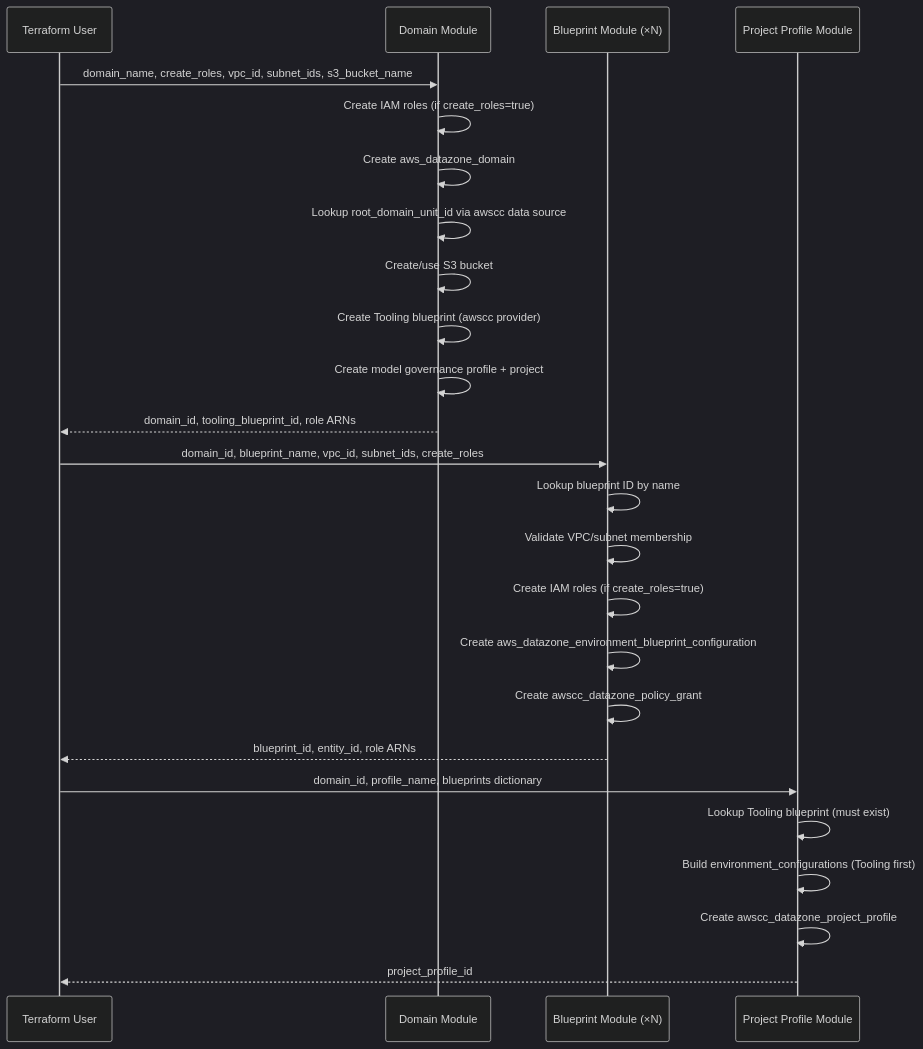
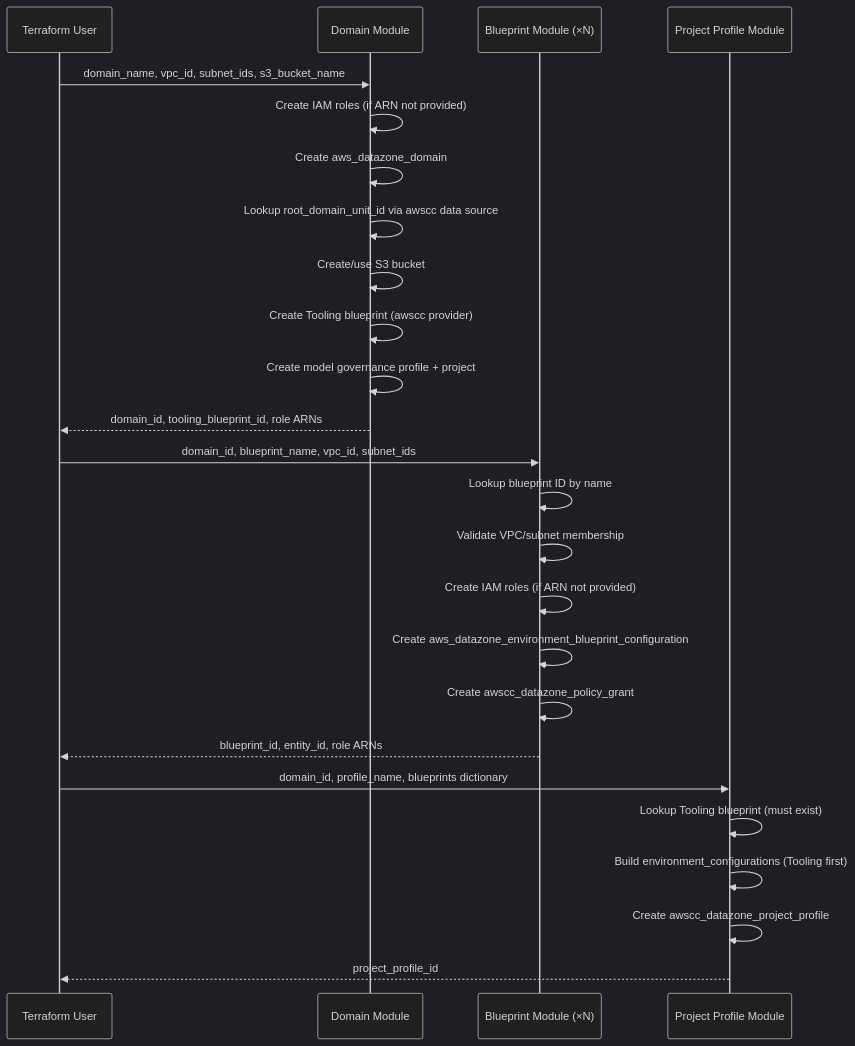
One commit to aws-ia/terraform-aws-sagemaker-unified-studio changed the second of 2 diagrams in .kiro/specs/sagemaker-studio-refactoring/design.md. Above: the diagram before and after it, drawn with Mermaid (dark theme). The commit also changed other lines of this file and 2 other files, not shown here.

Commit message:
update design to remove manual create_roles

````diff
--- a/.kiro/specs/sagemaker-studio-refactoring/design.md
+++ b/.kiro/specs/sagemaker-studio-refactoring/design.md
@@ -77,30 +77,30 @@
 ```mermaid
 sequenceDiagram
     participant User as Terraform User
     participant Domain as Domain Module
     participant Blueprint as Blueprint Module (×N)
     participant Profile as Project Profile Module
 
-    User->>Domain: domain_name, create_roles, vpc_id, subnet_ids, s3_bucket_name
-    Domain->>Domain: Create IAM roles (if create_roles=true)
+    User->>Domain: domain_name, vpc_id, subnet_ids, s3_bucket_name
+    Domain->>Domain: Create IAM roles (if ARN not provided)
     Domain->>Domain: Create aws_datazone_domain
     Domain->>Domain: Lookup root_domain_unit_id via awscc data source
     Domain->>Domain: Create/use S3 bucket
     Domain->>Domain: Create Tooling blueprint (awscc provider)
     Domain->>Domain: Create model governance profile + project
     Domain-->>User: domain_id, tooling_blueprint_id, role ARNs
 
-    User->>Blueprint: domain_id, blueprint_name, vpc_id, subnet_ids, create_roles
+    User->>Blueprint: domain_id, blueprint_name, vpc_id, subnet_ids
     Blueprint->>Blueprint: Lookup blueprint ID by name
     Blueprint->>Blueprint: Validate VPC/subnet membership
-    Blueprint->>Blueprint: Create IAM roles (if create_roles=true)
+    Blueprint->>Blueprint: Create IAM roles (if ARN not provided)
     Blueprint->>Blueprint: Create aws_datazone_environment_blueprint_configuration
     Blueprint->>Blueprint: Create awscc_datazone_policy_grant
     Blueprint-->>User: blueprint_id, entity_id, role ARNs
 
     User->>Profile: domain_id, profile_name, blueprints dictionary
     Profile->>Profile: Lookup Tooling blueprint (must exist)
     Profile->>Profile: Build environment_configurations (Tooling first)
     Profile->>Profile: Create awscc_datazone_project_profile
     Profile-->>User: project_profile_id
 ```
````
